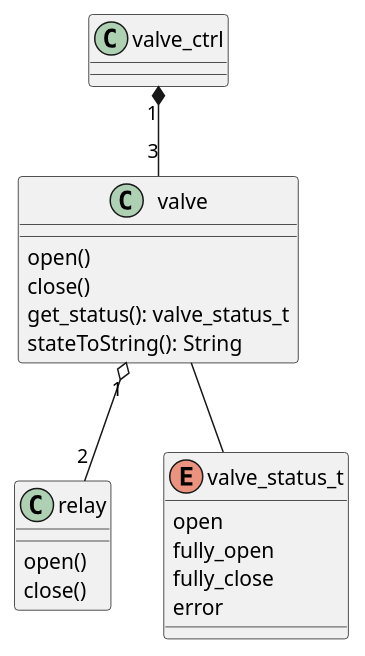
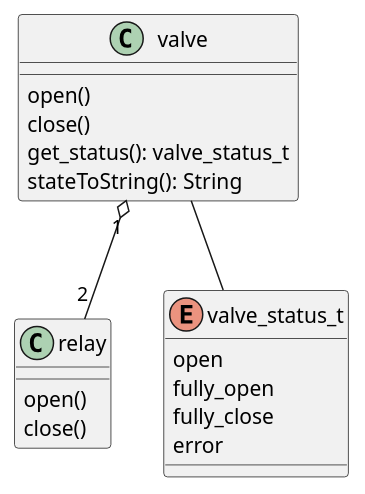
One commit to marwky/ArduinoCloudValveCtrl changed the diagram in docs/class_diagram.puml. Above: the diagram before and after it, drawn with PlantUML. The commit also changed 1 other file, not shown here.

Commit message:
Adding sequence diagram

```diff
--- a/docs/class_diagram.puml
+++ b/docs/class_diagram.puml
@@ -1,31 +1,27 @@
-@startuml
+@startuml Class Diagram
 
 class relay {
     open()
     close()
 }
 
 enum valve_status_t
 {
     open
     fully_open
     fully_close
     error                
 }
 
 class valve {
     open()
     close()
     get_status(): valve_status_t
     stateToString(): String
 }
 
-class valve_ctrl {
-}
-
 valve "1" o-- "2" relay
 valve -- valve_status_t
-valve_ctrl "1" *-- "3" valve
 
 
 @enduml
```
